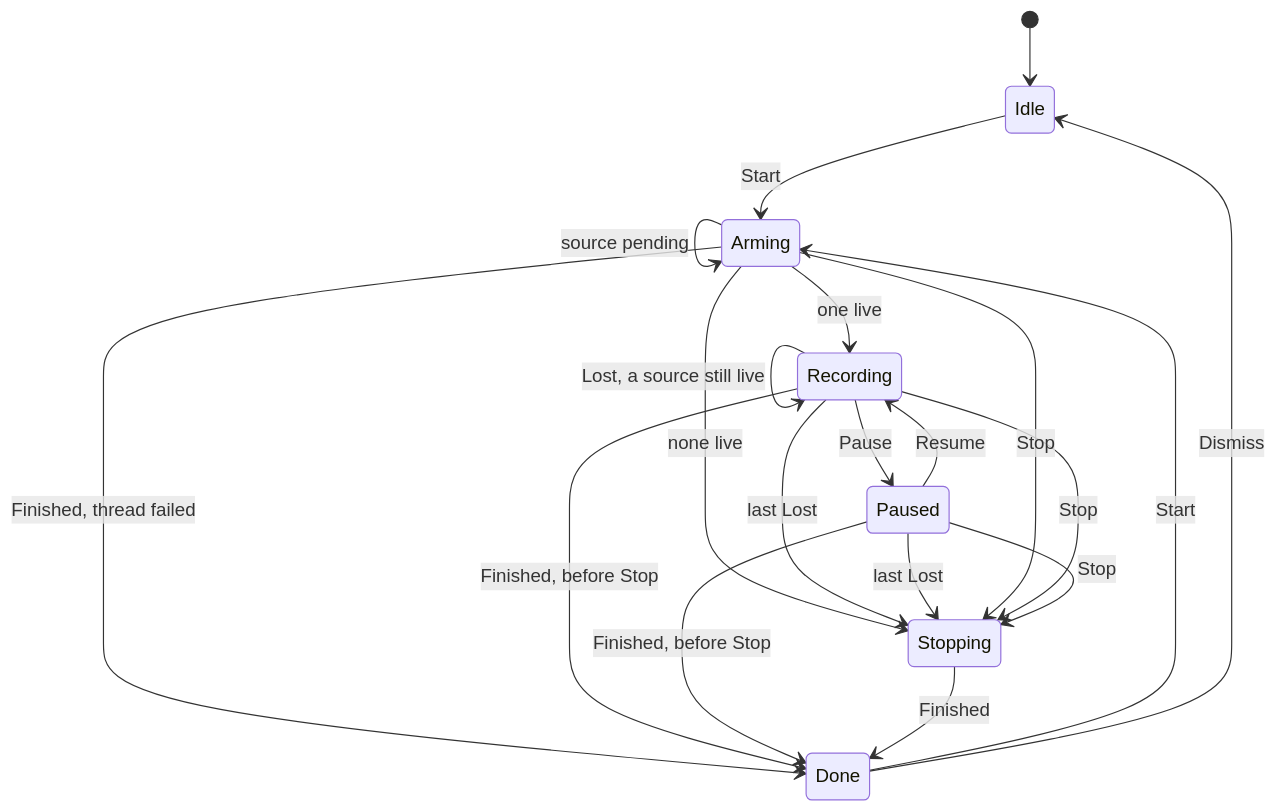
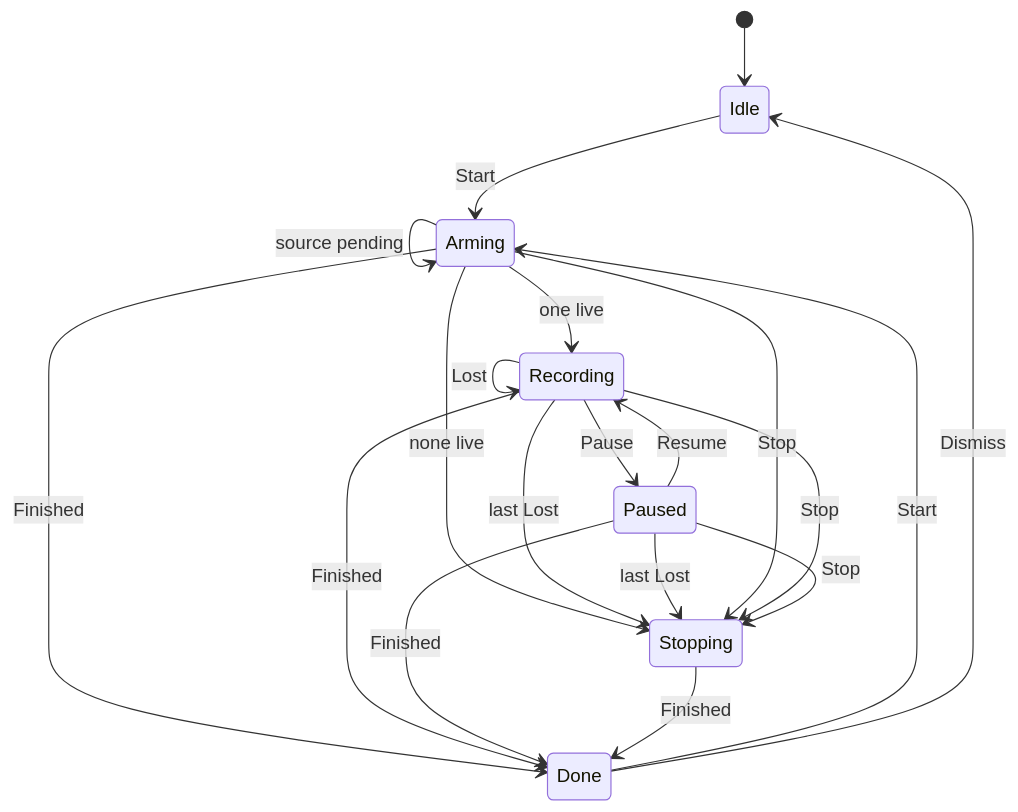
One commit to mokmok-dev/koe changed the fourth of 6 diagrams in ARCHITECTURE.md. Above: the diagram before and after it, drawn with Mermaid. The commit also changed other lines of this file, not shown here.

Commit message:
docs: shorten the Phase labels so its frame holds the figure
The live page drew the Phase diagram at 1010 units and its frame at 981,
so the bottom edge was cut. The two long edge labels were the widest
thing in the figure; shortening them puts it back inside.

Section 6 now says the local measurement is a lower bound and names the
gap it missed: GitHub's elk run came out around 10% wider than the local
one, so a state diagram has to sit well under the frame, and the live
page is the check that counts.

````diff
--- a/ARCHITECTURE.md
+++ b/ARCHITECTURE.md
@@ -245,22 +245,22 @@
 ```mermaid
 stateDiagram-v2
     [*] --> Idle
     Idle --> Arming: Start
     Done --> Arming: Start
     Arming --> Arming: source pending
     Arming --> Recording: one live
     Arming --> Stopping: none live
-    Recording --> Recording: Lost, a source still live
+    Recording --> Recording: Lost
     Recording --> Stopping: last Lost
     Paused --> Stopping: last Lost
     Recording --> Paused: Pause
     Paused --> Recording: Resume
     Arming --> Stopping: Stop
     Recording --> Stopping: Stop
     Paused --> Stopping: Stop
-    Arming --> Done: Finished, thread failed
-    Recording --> Done: Finished, before Stop
-    Paused --> Done: Finished, before Stop
+    Arming --> Done: Finished
+    Recording --> Done: Finished
+    Paused --> Done: Finished
     Stopping --> Done: Finished
     Done --> Idle: Dismiss
 ```
````
